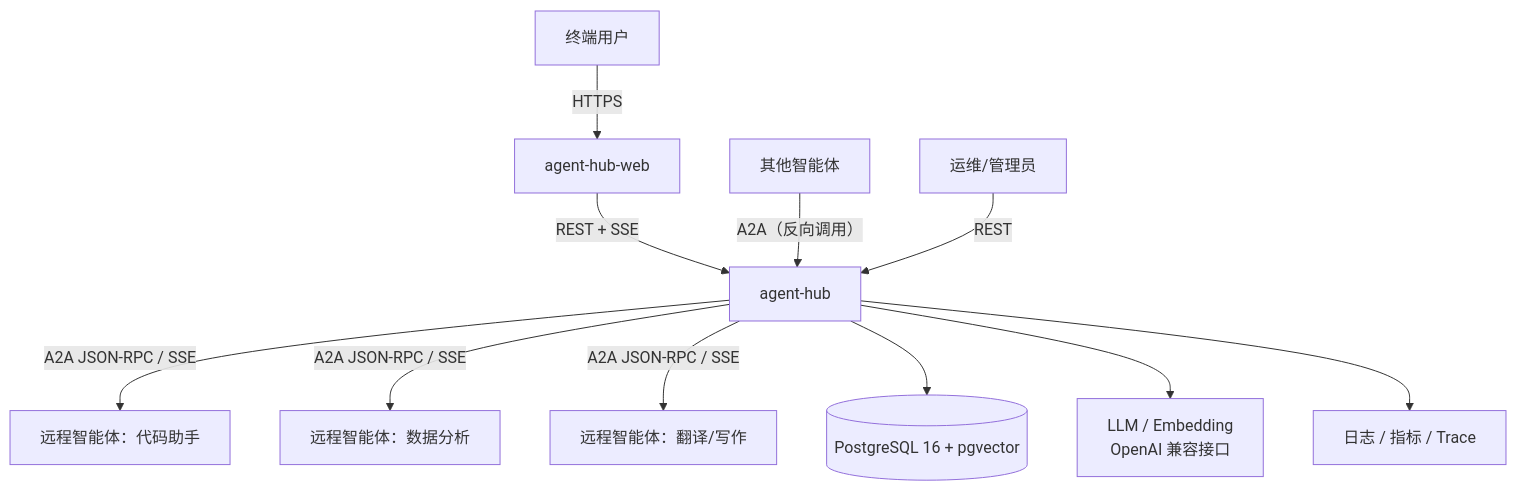
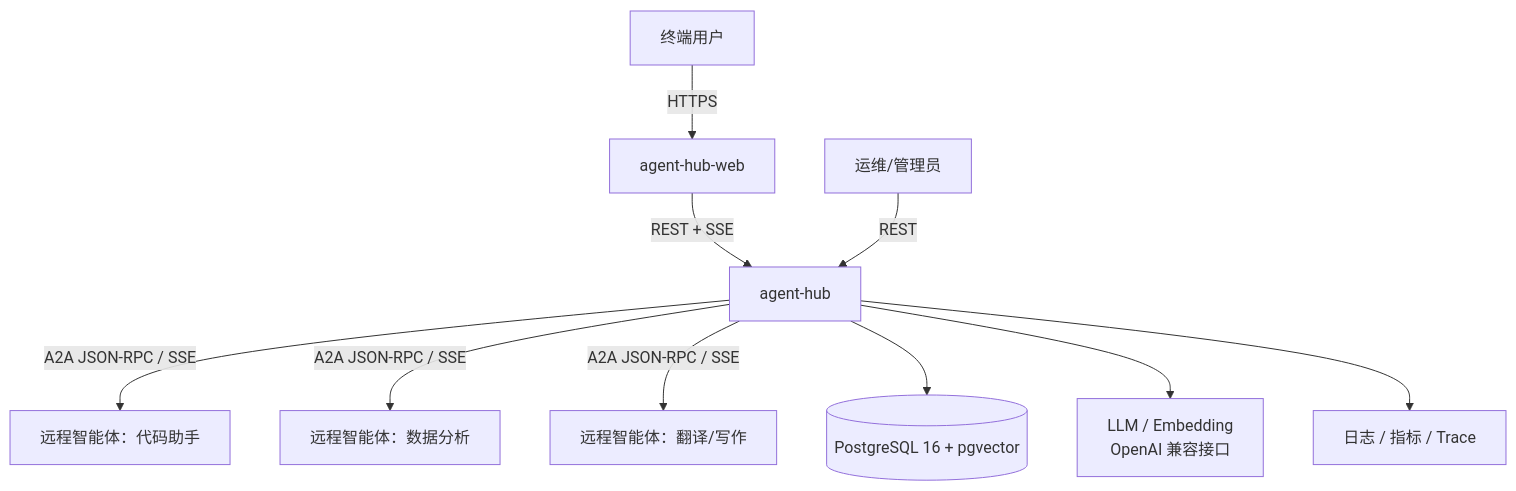
Before and after one commit to notsocold/agent-hub: the first of 6 diagrams in docs/architecture.md, drawn with Mermaid. The commit also changed other lines of this file and 18 other files, not shown here.

````diff
--- a/docs/architecture.md
+++ b/docs/architecture.md
@@ -26,16 +26,15 @@
 ```mermaid
 flowchart TB
     User["终端用户"] -->|HTTPS| Web["agent-hub-web"]
     Web -->|REST + SSE| Hub["agent-hub"]
 
     Hub -->|"A2A JSON-RPC / SSE"| Remote1["远程智能体：代码助手"]
     Hub -->|"A2A JSON-RPC / SSE"| Remote2["远程智能体：数据分析"]
     Hub -->|"A2A JSON-RPC / SSE"| Remote3["远程智能体：翻译/写作"]
 
-    OtherAgent["其他智能体"] -->|"A2A（反向调用）"| Hub
     Admin["运维/管理员"] -->|REST| Hub
 
     Hub --> PG[("PostgreSQL 16 + pgvector")]
     Hub --> LLM["LLM / Embedding<br/>OpenAI 兼容接口"]
     Hub --> Obs["日志 / 指标 / Trace"]
 ```
````
